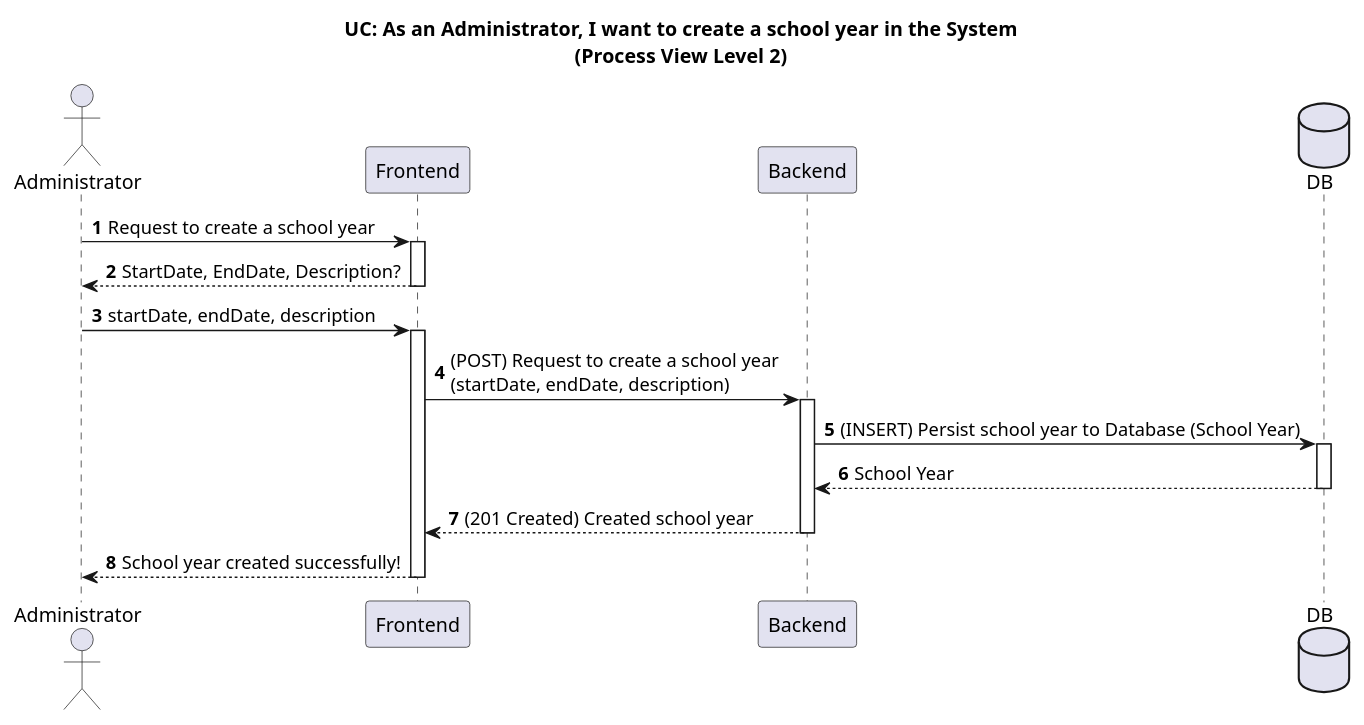
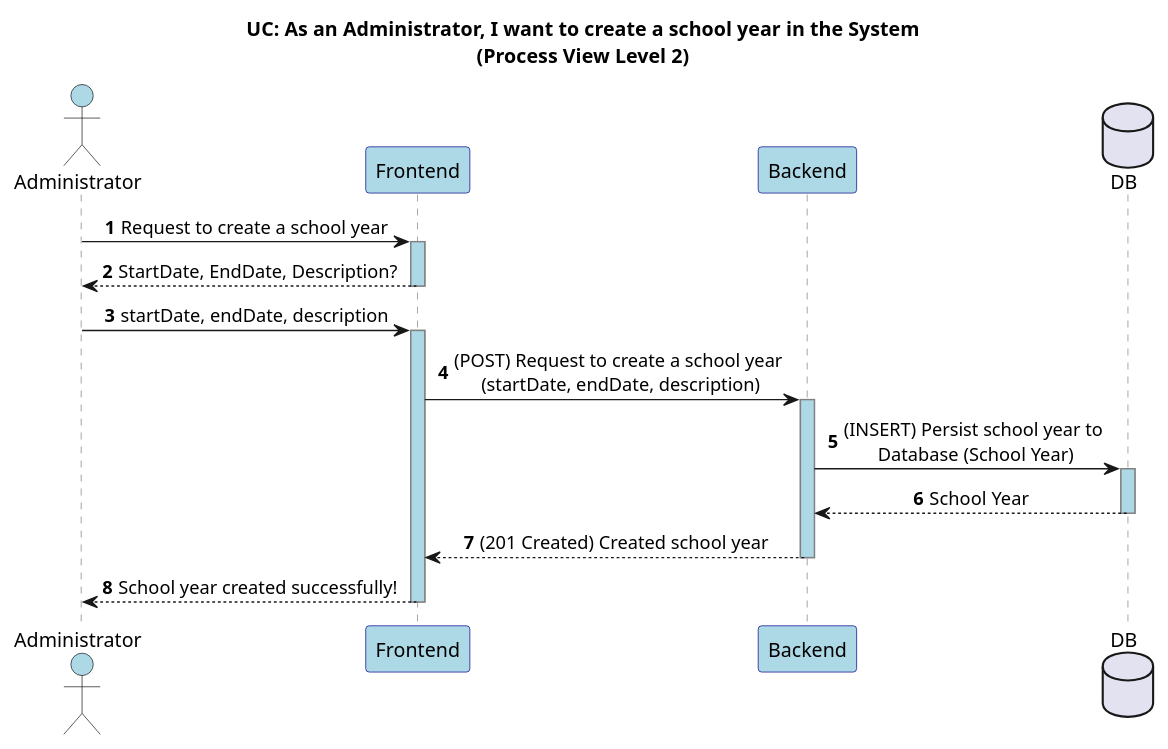
The diagram in docs/US07/Sprint6/Process View/Level2-REST.puml (GasparISEP/DevOps-PAI), drawn with PlantUML before and after one commit. The commit also changed 1 other file, not shown here.

Commit message:
Added Process View Level 3 for a feature regarding School Year Aggregate and updated Process View Level 2. ref #519

```diff
--- a/docs/US07/Sprint6/Process View/Level2-REST.puml
+++ b/docs/US07/Sprint6/Process View/Level2-REST.puml
@@ -1,28 +1,34 @@
 @startuml
 autonumber
 
 title UC: As an Administrator, I want to create a school year in the System\n(Process View Level 2)
 
-actor Administrator as Admin
-participant "Frontend" as FE
-participant "Backend" as BE
+skinparam {
+    SequenceLifeLineBorderColor gray
+    SequenceParticipantBorderColor darkblue
+    DefaultTextAlignment center
+}
+
+actor Administrator as Admin #lightblue
+participant "Frontend" as FE #lightblue
+participant "Backend" as BE #lightblue
 database DB
 
 Admin -> FE: Request to create a school year
-activate FE
+activate FE #lightblue
 FE --> Admin: StartDate, EndDate, Description?
-deactivate FE
+deactivate FE #lightblue
 Admin -> FE: startDate, endDate, description
-activate FE
+activate FE #lightblue
 FE -> BE : (POST) Request to create a school year \n(startDate, endDate, description)
-activate BE
-BE -> DB: (INSERT) Persist school year to Database (School Year)
-activate DB
+activate BE #lightblue
+BE -> DB: (INSERT) Persist school year to \nDatabase (School Year)
+activate DB #lightblue
 DB --> BE: School Year
-deactivate DB
+deactivate DB #lightblue
 BE --> FE: (201 Created) Created school year
-deactivate BE
+deactivate BE #lightblue
 FE --> Admin: School year created successfully!
-deactivate FE
+deactivate FE #lightblue
 
 @enduml
```
